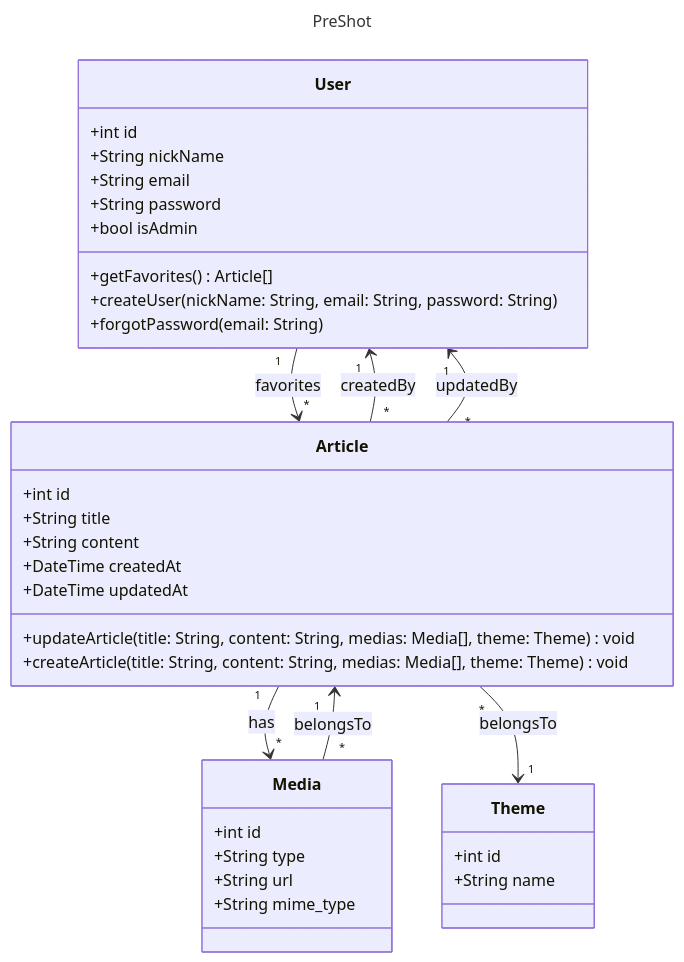
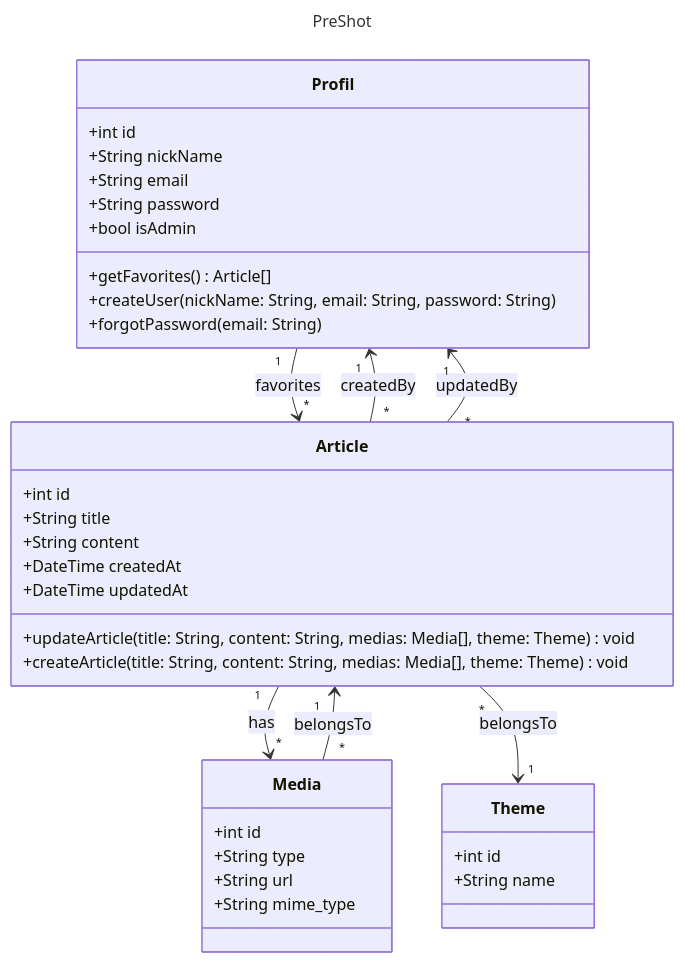
One commit to seb-mlrd/media-chalenge changed the diagram in public/assets/uml/class.md. Above: the diagram before and after it, drawn with Mermaid. The commit also changed 4 other files, not shown here.

````diff
--- a/public/assets/uml/class.md
+++ b/public/assets/uml/class.md
@@ -1,46 +1,46 @@
 ```mermaid
 ---
 title: PreShot
 ---
 
 classDiagram
-    class User {
+    class Profil {
         +int id
         +String nickName
         +String email
         +String password
         +bool isAdmin
         +getFavorites() Article[]
         +createUser(nickName: String, email: String, password: String)
         +forgotPassword(email: String)
     }
 
     class Article {
         +int id
         +String title
         +String content
         +DateTime createdAt
         +DateTime updatedAt
         +updateArticle(title: String, content: String, medias: Media[], theme: Theme) void
         +createArticle(title: String, content: String, medias: Media[], theme: Theme) void
     }
 
     class Media {
         +int id
         +String type
         +String url
         +String mime_type
     }
 
     class Theme {
         +int id
         +String name
     }
 
-    User "1" --> "*" Article : favorites
+    Profil "1" --> "*" Article : favorites
     Article "1" --> "*" Media : has
     Media "*" --> "1" Article : belongsTo
     Article "*" --> "1" Theme : belongsTo
-    User "1" <-- "*" Article : createdBy
-    User "1" <-- "*" Article : updatedBy
+    Profil "1" <-- "*" Article : createdBy
+    Profil "1" <-- "*" Article : updatedBy
 ```
````
